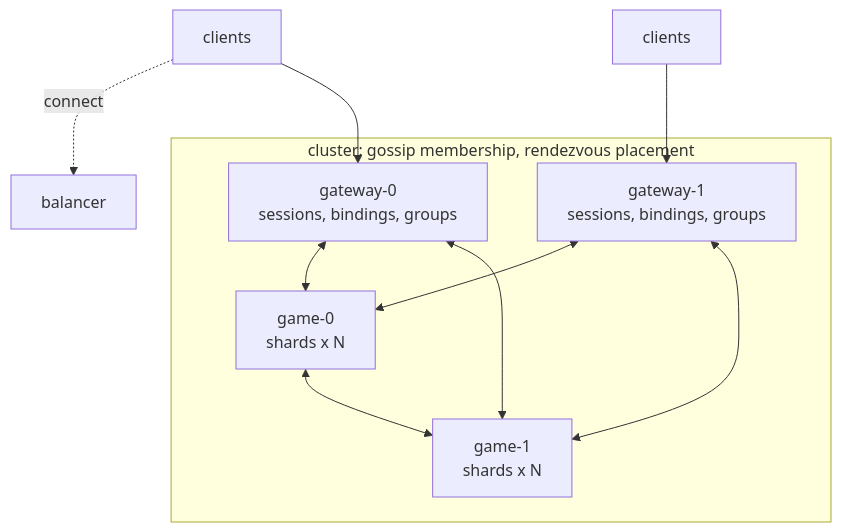
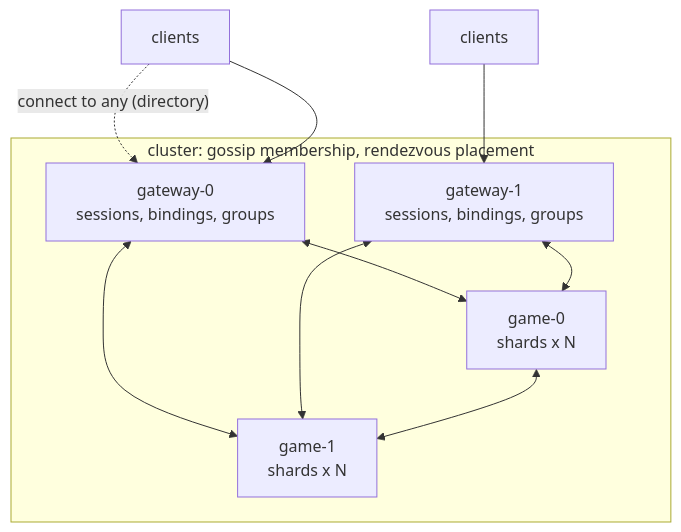
Before and after one commit to JasonXuDeveloper/DaServer: the first of 2 diagrams in README.md, drawn with Mermaid. The commit also changed other lines of this file and 5 other files, not shown here.

````diff
--- a/README.md
+++ b/README.md
@@ -32,17 +32,17 @@
 ```mermaid
 flowchart TB
-    C1[clients] -. connect .-> D[balancer]
+    C1[clients] -. "connect to any (directory)" .-> G1
     C1 --> G1
     C2[clients] --> G2
     subgraph cluster [cluster: gossip membership, rendezvous placement]
         G1[gateway-0<br/>sessions, bindings, groups]
         G2[gateway-1<br/>sessions, bindings, groups]
         N1[game-0<br/>shards x N]
         N2[game-1<br/>shards x N]
         G1 <--> N1
         G1 <--> N2
         G2 <--> N1
         G2 <--> N2
         N1 <--> N2
     end
 ```
````
